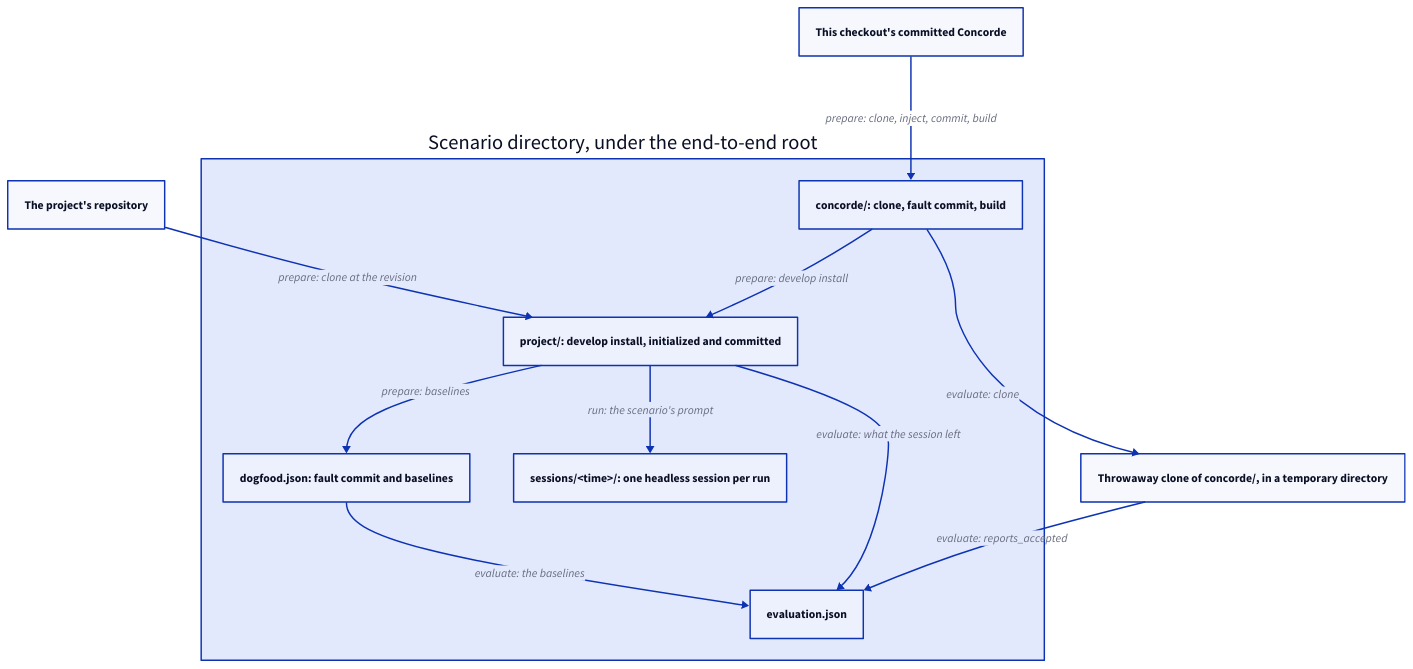
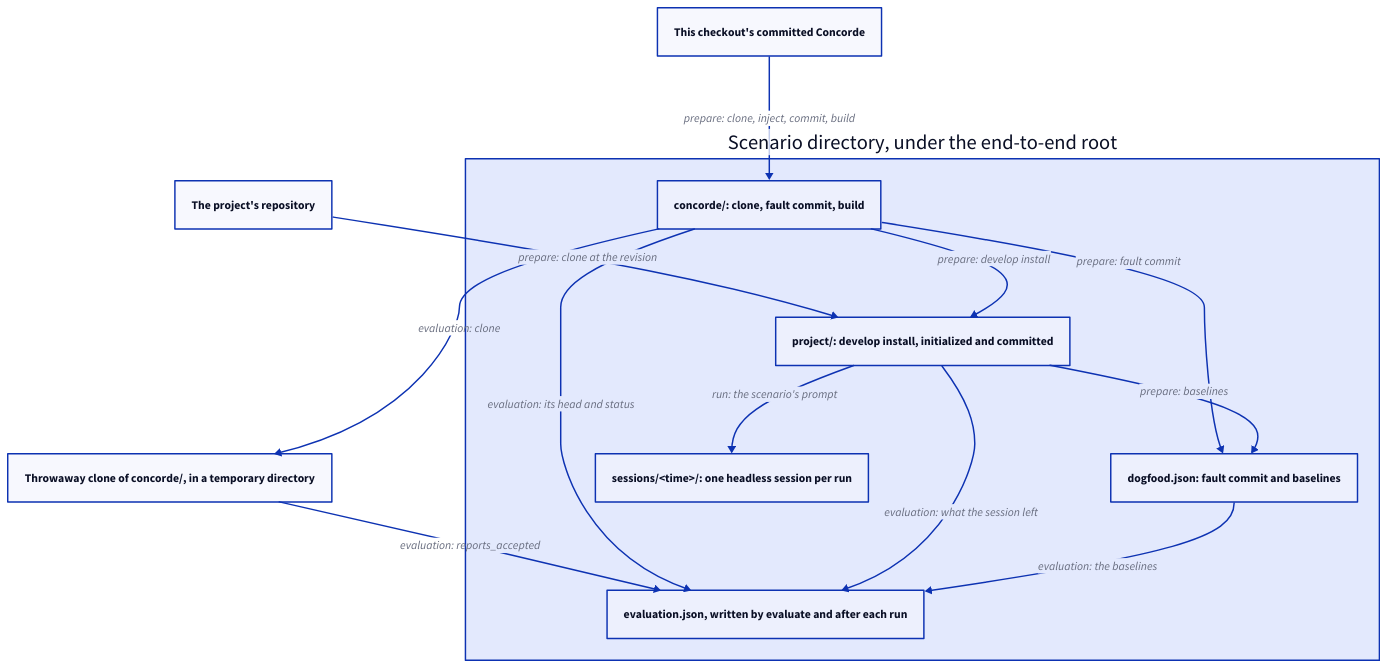
One commit to FTOD/concorde changed the diagram in specs/concorde/e2e/dogfood/module.md. Above: the diagram before and after it, drawn with D2. The commit also changed 3 other files, not shown here.

````diff
--- a/specs/concorde/e2e/dogfood/module.md
+++ b/specs/concorde/e2e/dogfood/module.md
@@ -83,22 +83,24 @@
 ```d2 illustrative
 direction: down
 checkout: "This checkout's committed Concorde"
 upstream: "The project's repository"
 dir: "Scenario directory, under the end-to-end root" {
   concorde: "concorde/: clone, fault commit, build"
   project: "project/: develop install, initialized and committed"
   record: "dogfood.json: fault commit and baselines"
   sessions: "sessions/<time>/: one headless session per run"
-  evaluation: "evaluation.json"
+  evaluation: "evaluation.json, written by evaluate and after each run"
 }
 throwaway: "Throwaway clone of concorde/, in a temporary directory"
 checkout -> dir.concorde: "prepare: clone, inject, commit, build"
 upstream -> dir.project: "prepare: clone at the revision"
 dir.concorde -> dir.project: "prepare: develop install"
+dir.concorde -> dir.record: "prepare: fault commit"
 dir.project -> dir.record: "prepare: baselines"
 dir.project -> dir.sessions: "run: the scenario's prompt"
-dir.concorde -> throwaway: "evaluate: clone"
-throwaway -> dir.evaluation: "evaluate: reports_accepted"
-dir.project -> dir.evaluation: "evaluate: what the session left"
-dir.record -> dir.evaluation: "evaluate: the baselines"
+dir.concorde -> throwaway: "evaluation: clone"
+throwaway -> dir.evaluation: "evaluation: reports_accepted"
+dir.concorde -> dir.evaluation: "evaluation: its head and status"
+dir.project -> dir.evaluation: "evaluation: what the session left"
+dir.record -> dir.evaluation: "evaluation: the baselines"
 ```
````
